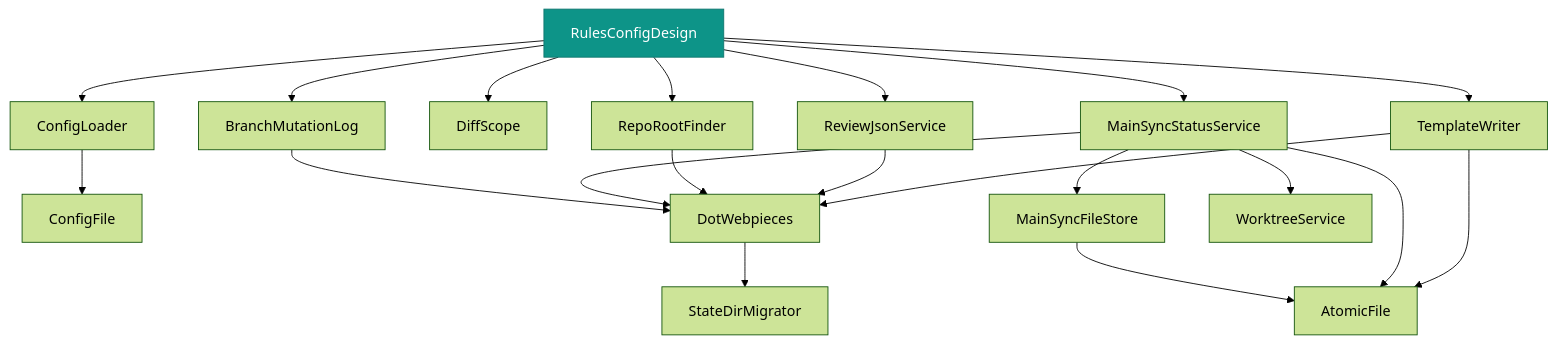
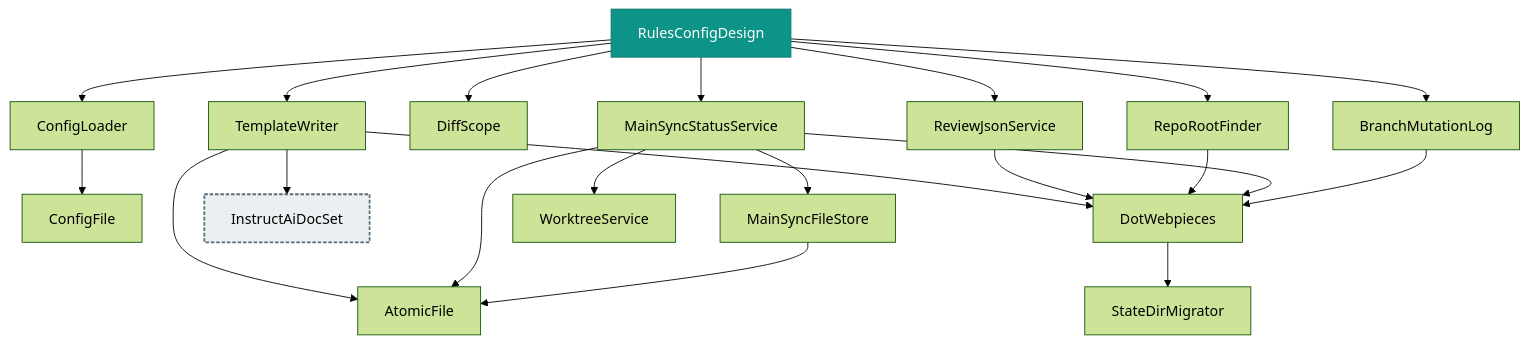
Before and after one commit to deanhiller/webpieces-ts: the diagram in packages/tooling/rules-config/design.md, drawn with Mermaid (forest theme). The commit also changed 18 other files, not shown here.

First line of the commit message:
Generate the instruct-ai docs as a linked SET, and ship the L1 matrix + build-log doc (#696)

````diff
--- a/packages/tooling/rules-config/design.md
+++ b/packages/tooling/rules-config/design.md
@@ -13,43 +13,45 @@
 ```mermaid
 graph TD
     AtomicFile["AtomicFile"]
     BranchMutationLog["BranchMutationLog"]
     ConfigFile["ConfigFile"]
     ConfigLoader["ConfigLoader"]
     DiffScope["DiffScope"]
     DotWebpieces["DotWebpieces"]
+    InstructAiDocSet["InstructAiDocSet"]:::many
     MainSyncFileStore["MainSyncFileStore"]
     MainSyncStatusService["MainSyncStatusService"]
     RepoRootFinder["RepoRootFinder"]
     ReviewJsonService["ReviewJsonService"]
     RulesConfigDesign["RulesConfigDesign"]:::apiImpl
     StateDirMigrator["StateDirMigrator"]
     TemplateWriter["TemplateWriter"]
     WorktreeService["WorktreeService"]
     BranchMutationLog --> DotWebpieces
     ConfigLoader --> ConfigFile
     DotWebpieces --> StateDirMigrator
     MainSyncFileStore --> AtomicFile
     MainSyncStatusService --> AtomicFile
     MainSyncStatusService --> DotWebpieces
     MainSyncStatusService --> MainSyncFileStore
     MainSyncStatusService --> WorktreeService
     RepoRootFinder --> DotWebpieces
     ReviewJsonService --> DotWebpieces
     RulesConfigDesign --> BranchMutationLog
     RulesConfigDesign --> ConfigLoader
     RulesConfigDesign --> DiffScope
     RulesConfigDesign --> MainSyncStatusService
     RulesConfigDesign --> RepoRootFinder
     RulesConfigDesign --> ReviewJsonService
     RulesConfigDesign --> TemplateWriter
     TemplateWriter --> AtomicFile
     TemplateWriter --> DotWebpieces
+    TemplateWriter --> InstructAiDocSet
     classDef controller fill:#1f6feb,color:#ffffff,stroke:#0d419d
     classDef apiImpl fill:#0d9488,color:#ffffff,stroke:#0f766e
     classDef component fill:#2da44e,color:#ffffff,stroke:#1a7f37
     classDef unresolved fill:#f0ad4e,color:#000000,stroke:#b8860b,stroke-dasharray: 5 5
     classDef external fill:#b39ddb,color:#000000,stroke:#5e35b1,stroke-width:3px
     classDef api fill:#4fc3f7,color:#000000,stroke:#0277bd,stroke-width:3px
     classDef many fill:#eceff1,color:#000000,stroke:#546e7a,stroke-width:2px,stroke-dasharray: 4 2
 ```
````
